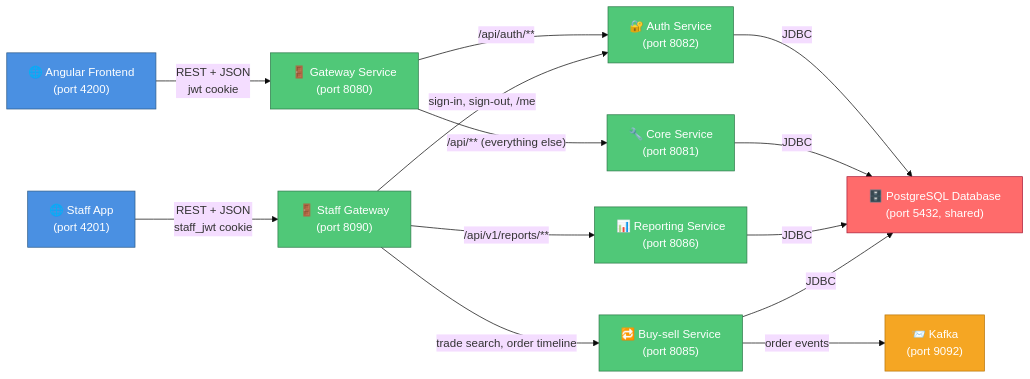
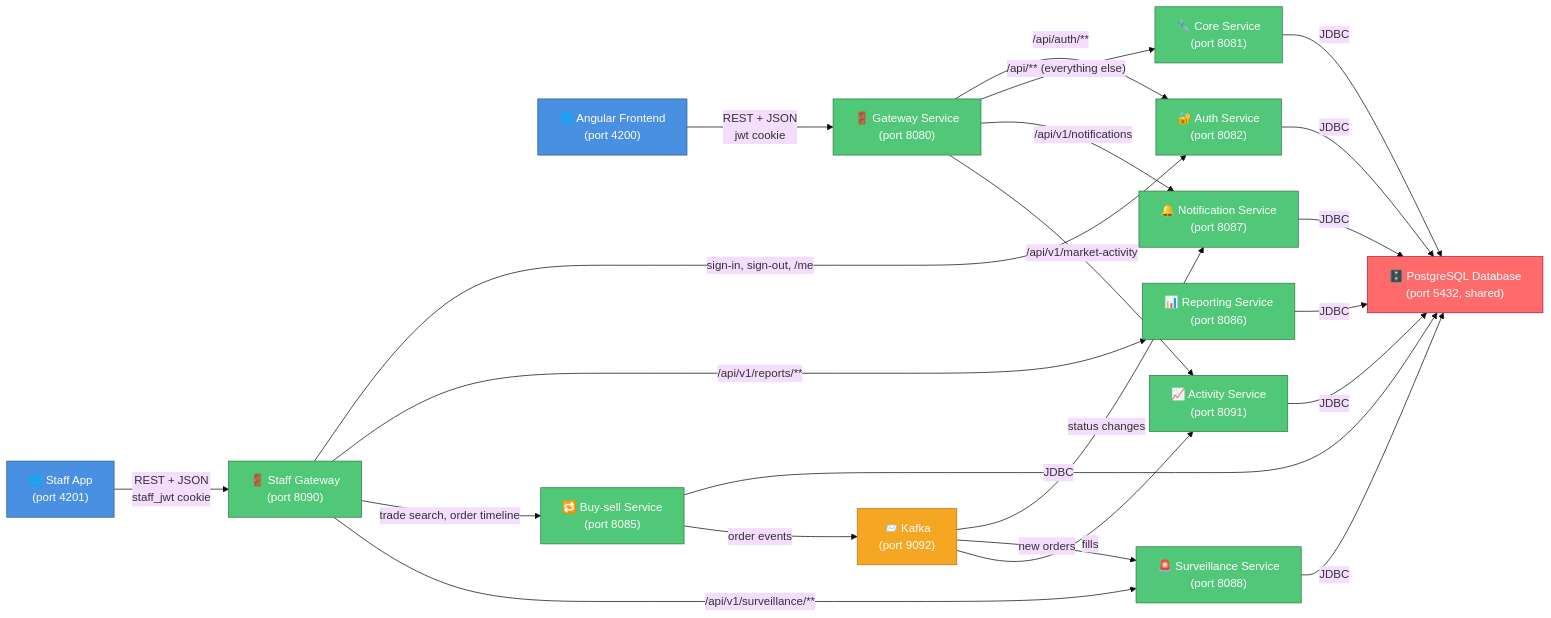
The first of 4 diagrams in README.md (aditya0774/LeMarketJames), drawn with Mermaid (base theme) before and after one commit. The commit also changed other lines of this file and 75 other files, not shown here.

````diff
--- a/README.md
+++ b/README.md
@@ -106,25 +109,34 @@
 ```mermaid
 graph LR
     A["🌐 Angular Frontend<br/>(port 4200)"] -->|"REST + JSON<br/>jwt cookie"| G["🚪 Gateway Service<br/>(port 8080)"]
     G -->|"/api/auth/**"| AU["🔐 Auth Service<br/>(port 8082)"]
     G -->|"/api/** (everything else)"| CO["🔧 Core Service<br/>(port 8081)"]
     AU -->|"JDBC"| C["🗄️ PostgreSQL Database<br/>(port 5432, shared)"]
     CO -->|"JDBC"| C
     S["🌐 Staff App<br/>(port 4201)"] -->|"REST + JSON<br/>staff_jwt cookie"| SG["🚪 Staff Gateway<br/>(port 8090)"]
     SG -->|"sign-in, sign-out, /me"| AU
     SG -->|"/api/v1/reports/**"| RE["📊 Reporting Service<br/>(port 8086)"]
     SG -->|"trade search, order timeline"| BS["🔁 Buy-sell Service<br/>(port 8085)"]
     RE -->|"JDBC"| C
     BS -->|"JDBC"| C
     BS -->|"order events"| K["📨 Kafka<br/>(port 9092)"]
+    K -->|"status changes"| NO["🔔 Notification Service<br/>(port 8087)"]
+    K -->|"new orders"| SU["🚨 Surveillance Service<br/>(port 8088)"]
+    K -->|"fills"| AC["📈 Activity Service<br/>(port 8091)"]
+    G -->|"/api/v1/notifications"| NO
+    G -->|"/api/v1/market-activity"| AC
+    SG -->|"/api/v1/surveillance/**"| SU
+    NO -->|"JDBC"| C
+    SU -->|"JDBC"| C
+    AC -->|"JDBC"| C
 
     classDef frontend fill:#4A90E2,stroke:#2E5C8A,color:#fff
     classDef backend fill:#50C878,stroke:#2D7A4A,color:#fff
     classDef database fill:#FF6B6B,stroke:#A91D3A,color:#fff
     classDef broker fill:#F5A623,stroke:#B9770E,color:#fff
 
     class A,S frontend
-    class G,SG,AU,CO,RE,BS backend
+    class G,SG,AU,CO,RE,BS,NO,SU,AC backend
     class C database
     class K broker
 ```
````
